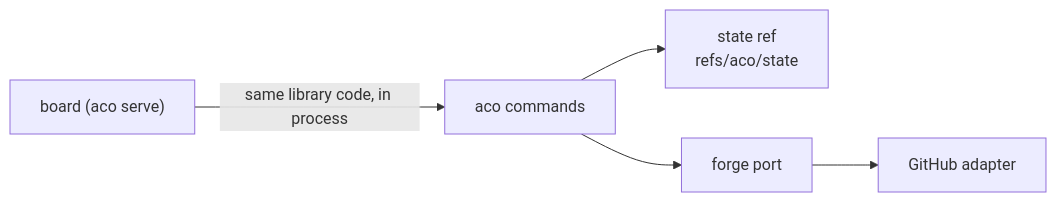
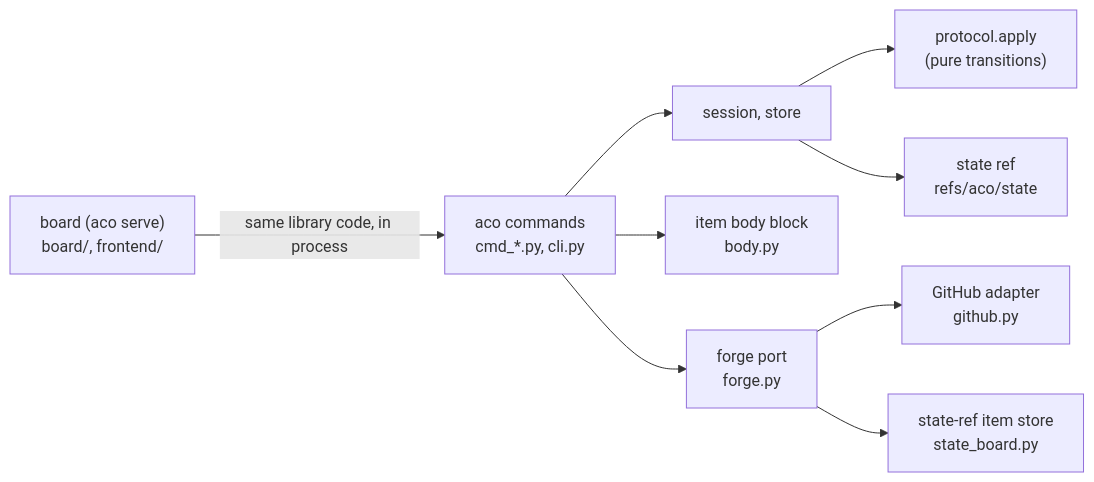
The second of 3 diagrams in docs/ARCHITECTURE.md (overnightworks/aco), drawn with Mermaid before and after one commit. The commit also changed other lines of this file, not shown here.

First line of the commit message:
Give the architecture overview the fleet skeleton's sections

````diff
--- a/docs/ARCHITECTURE.md
+++ b/docs/ARCHITECTURE.md
@@ -12,7 +28,11 @@
 ```mermaid
 flowchart LR
-    CLI["aco commands"] --> Store["state ref<br/>refs/aco/state"]
-    CLI --> Port["forge port"]
-    Port --> GitHub["GitHub adapter"]
-    Board["board (aco serve)"] -->|"same library code, in process"| CLI
+    CLI["aco commands<br/>cmd_*.py, cli.py"] --> Session["session, store"]
+    Session --> Protocol["protocol.apply<br/>(pure transitions)"]
+    Session --> Store["state ref<br/>refs/aco/state"]
+    CLI --> Body["item body block<br/>body.py"]
+    CLI --> Port["forge port<br/>forge.py"]
+    Port --> GitHub["GitHub adapter<br/>github.py"]
+    Port --> StateBoard["state-ref item store<br/>state_board.py"]
+    Board["board (aco serve)<br/>board/, frontend/"] -->|"same library code, in process"| CLI
 ```
````
